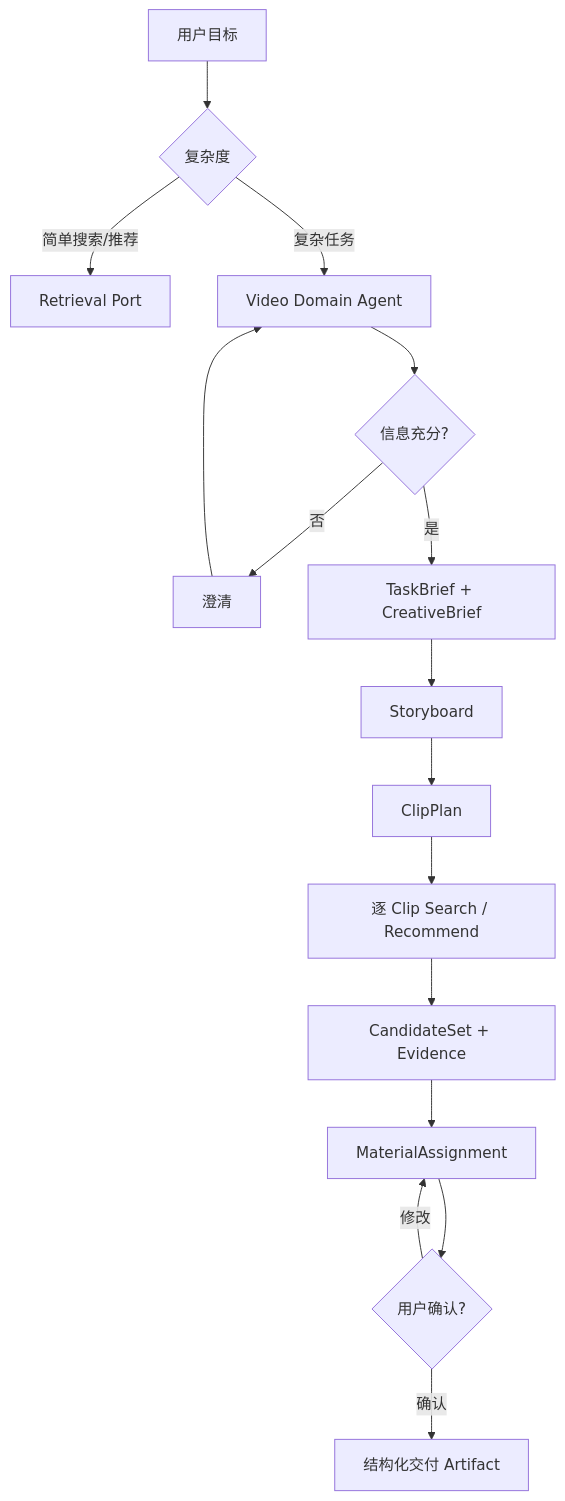
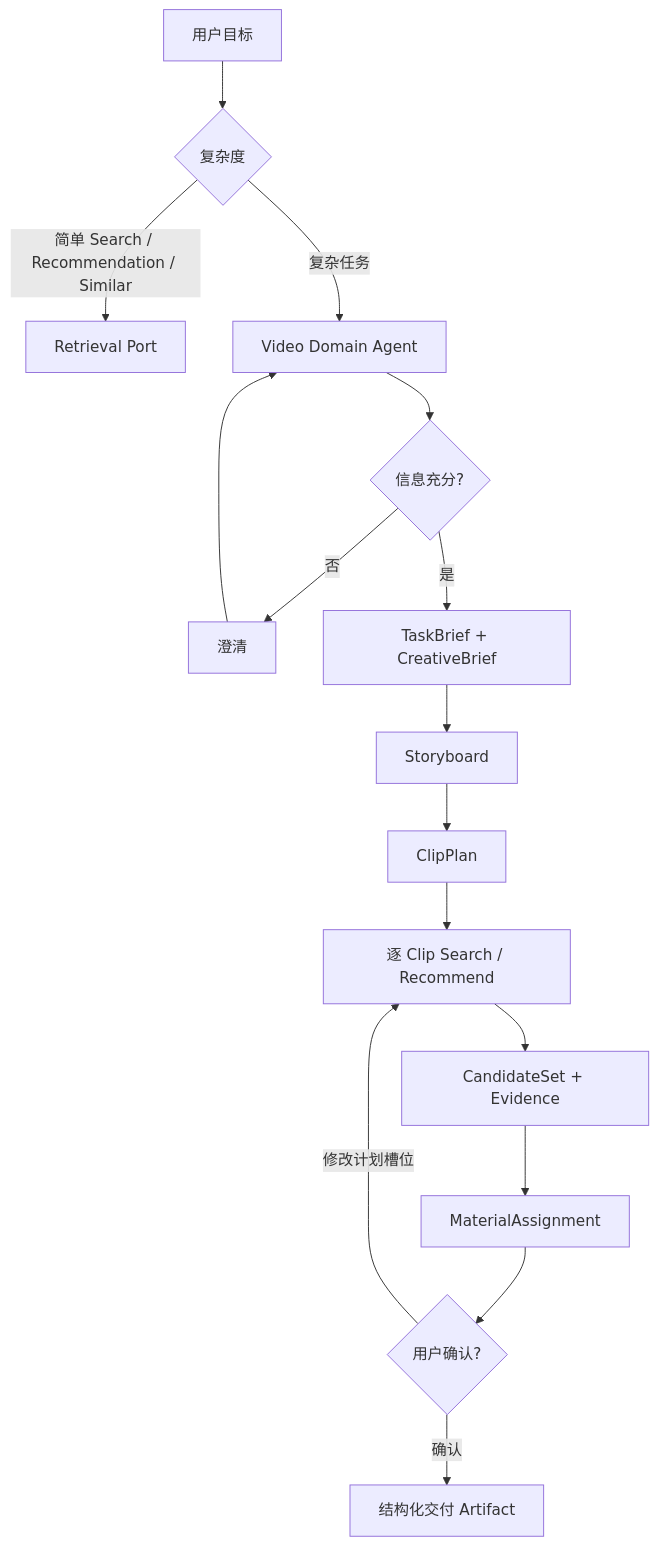
Before and after one commit to human-cosmos/search-rec-docs: the fourth of 4 diagrams in 03_VideoDomain架构设计.md, drawn with Mermaid. The commit also changed other lines of this file and 7 other files, not shown here.

Commit message:
docs: align Video/Clip contracts and feedback flow

````diff
--- a/03_VideoDomain架构设计.md
+++ b/03_VideoDomain架构设计.md
@@ -225,18 +225,18 @@
 ```mermaid
 flowchart TB
   U[用户目标] --> R{复杂度}
-  R -->|简单搜索/推荐| P[Retrieval Port]
+  R -->|简单 Search / Recommendation / Similar| P[Retrieval Port]
   R -->|复杂任务| A[Video Domain Agent]
   A --> Q{信息充分?}
   Q -->|否| ASK[澄清]
   ASK --> A
   Q -->|是| TB[TaskBrief + CreativeBrief]
   TB --> SB[Storyboard]
   SB --> CP[ClipPlan]
   CP --> S[逐 Clip Search / Recommend]
   S --> C[CandidateSet + Evidence]
   C --> M[MaterialAssignment]
   M --> U2{用户确认?}
-  U2 -->|修改| M
+  U2 -->|修改计划槽位| S
   U2 -->|确认| OUT[结构化交付 Artifact]
 ```
````
